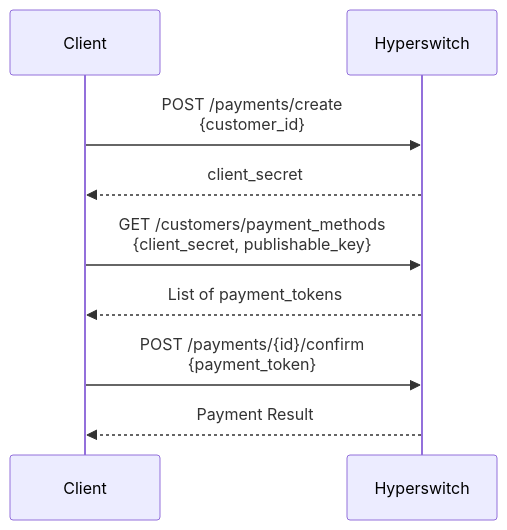
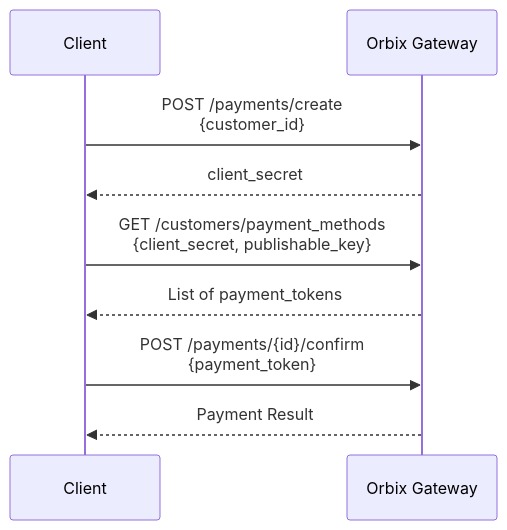
The seventh of 10 diagrams in api-reference/v1/payments/payment--flows.mdx (NoxlyDev/orbix-gateway), drawn with Mermaid before and after one commit. The commit also changed other lines of this file and 2073 other files, not shown here.

Commit message:
rename: hyperswitch/juspay -> orbix (content + paths), masking as path dep

````diff
--- a/api-reference/v1/payments/payment--flows.mdx
+++ b/api-reference/v1/payments/payment--flows.mdx
@@ -166,14 +166,14 @@
 ```mermaid
 sequenceDiagram
     participant Client
-    participant Hyperswitch
+    participant Orbix Gateway
     
-    Client->>Hyperswitch: POST /payments/create<br/>{customer_id}
-    Hyperswitch-->>Client: client_secret
+    Client->>Orbix Gateway: POST /payments/create<br/>{customer_id}
+    Orbix Gateway-->>Client: client_secret
     
-    Client->>Hyperswitch: GET /customers/payment_methods<br/>{client_secret, publishable_key}
-    Hyperswitch-->>Client: List of payment_tokens
+    Client->>Orbix Gateway: GET /customers/payment_methods<br/>{client_secret, publishable_key}
+    Orbix Gateway-->>Client: List of payment_tokens
     
-    Client->>Hyperswitch: POST /payments/{id}/confirm<br/>{payment_token}
-    Hyperswitch-->>Client: Payment Result
+    Client->>Orbix Gateway: POST /payments/{id}/confirm<br/>{payment_token}
+    Orbix Gateway-->>Client: Payment Result
 ```
````
